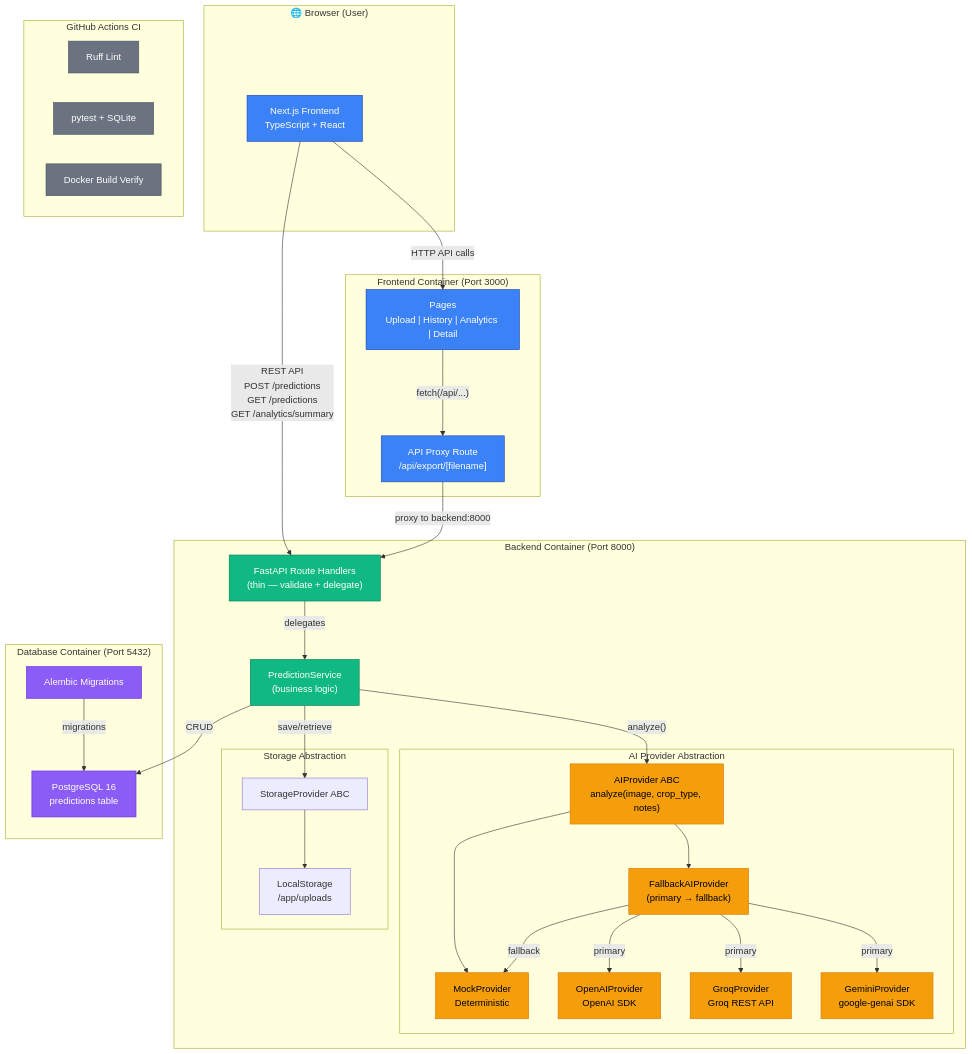
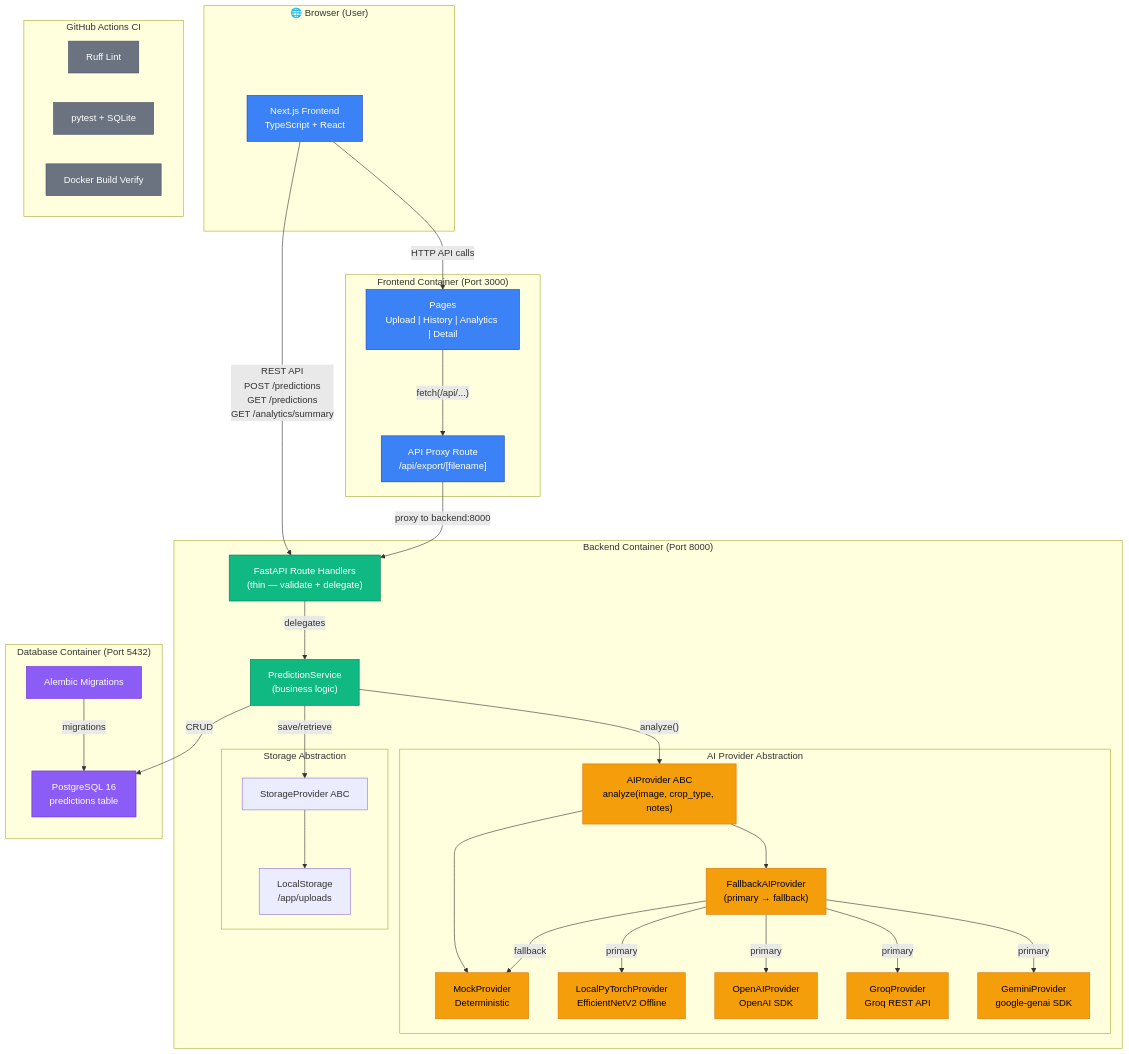
Before and after one commit to ajayyadav432/Assignment_GramIQ: the diagram in ENGINEERING_DECISIONS.md, drawn with Mermaid. The commit also changed other lines of this file and 16 other files, not shown here.

Commit message:
feat: add local PyTorch AI provider and resolve navigation bar visibility on login screen

````diff
--- a/ENGINEERING_DECISIONS.md
+++ b/ENGINEERING_DECISIONS.md
@@ -7,72 +7,74 @@
 ```mermaid
 graph TB
     subgraph Client["🌐 Browser (User)"]
         UI["Next.js Frontend<br/>TypeScript + React"]
     end
 
     subgraph Frontend["Frontend Container (Port 3000)"]
         Pages["Pages<br/>Upload | History | Analytics | Detail"]
         API_Proxy["API Proxy Route<br/>/api/export/[filename]"]
     end
 
     subgraph Backend["Backend Container (Port 8000)"]
         Routes["FastAPI Route Handlers<br/>(thin — validate + delegate)"]
         Service["PredictionService<br/>(business logic)"]
         
         subgraph AI["AI Provider Abstraction"]
             Base["AIProvider ABC<br/>analyze(image, crop_type, notes)"]
             Fallback["FallbackAIProvider<br/>(primary → fallback)"]
             Gemini["GeminiProvider<br/>google-genai SDK"]
             Groq["GroqProvider<br/>Groq REST API"]
+            LocalPT["LocalPyTorchProvider<br/>EfficientNetV2 Offline"]
             Mock["MockProvider<br/>Deterministic"]
             OpenAI_P["OpenAIProvider<br/>OpenAI SDK"]
         end
 
         subgraph Storage["Storage Abstraction"]
             StorageBase["StorageProvider ABC"]
             LocalFS["LocalStorage<br/>/app/uploads"]
         end
     end
 
     subgraph DB["Database Container (Port 5432)"]
         PG["PostgreSQL 16<br/>predictions table"]
         Alembic["Alembic Migrations"]
     end
 
     subgraph CI["GitHub Actions CI"]
         Lint["Ruff Lint"]
         Test["pytest + SQLite"]
         Build["Docker Build Verify"]
     end
 
     UI -->|"HTTP API calls"| Pages
     Pages -->|"fetch(/api/...)"| API_Proxy
     API_Proxy -->|"proxy to backend:8000"| Routes
     UI -->|"REST API<br/>POST /predictions<br/>GET /predictions<br/>GET /analytics/summary"| Routes
 
     Routes -->|"delegates"| Service
     Service -->|"analyze()"| Base
     Base --> Fallback
     Fallback -->|"primary"| Gemini
     Fallback -->|"primary"| Groq
     Fallback -->|"primary"| OpenAI_P
+    Fallback -->|"primary"| LocalPT
     Fallback -->|"fallback"| Mock
     Base --> Mock
 
     Service -->|"save/retrieve"| StorageBase
     StorageBase --> LocalFS
     Service -->|"CRUD"| PG
     Alembic -->|"migrations"| PG
 
     classDef frontend fill:#3b82f6,stroke:#1e40af,color:#fff
     classDef backend fill:#10b981,stroke:#047857,color:#fff
     classDef ai fill:#f59e0b,stroke:#d97706,color:#000
     classDef db fill:#8b5cf6,stroke:#6d28d9,color:#fff
     classDef ci fill:#6b7280,stroke:#4b5563,color:#fff
 
     class UI,Pages,API_Proxy frontend
     class Routes,Service backend
-    class Base,Fallback,Gemini,Groq,Mock,OpenAI_P ai
+    class Base,Fallback,Gemini,Groq,Mock,OpenAI_P,LocalPT ai
     class PG,Alembic db
     class Lint,Test,Build ci
 ```
````
